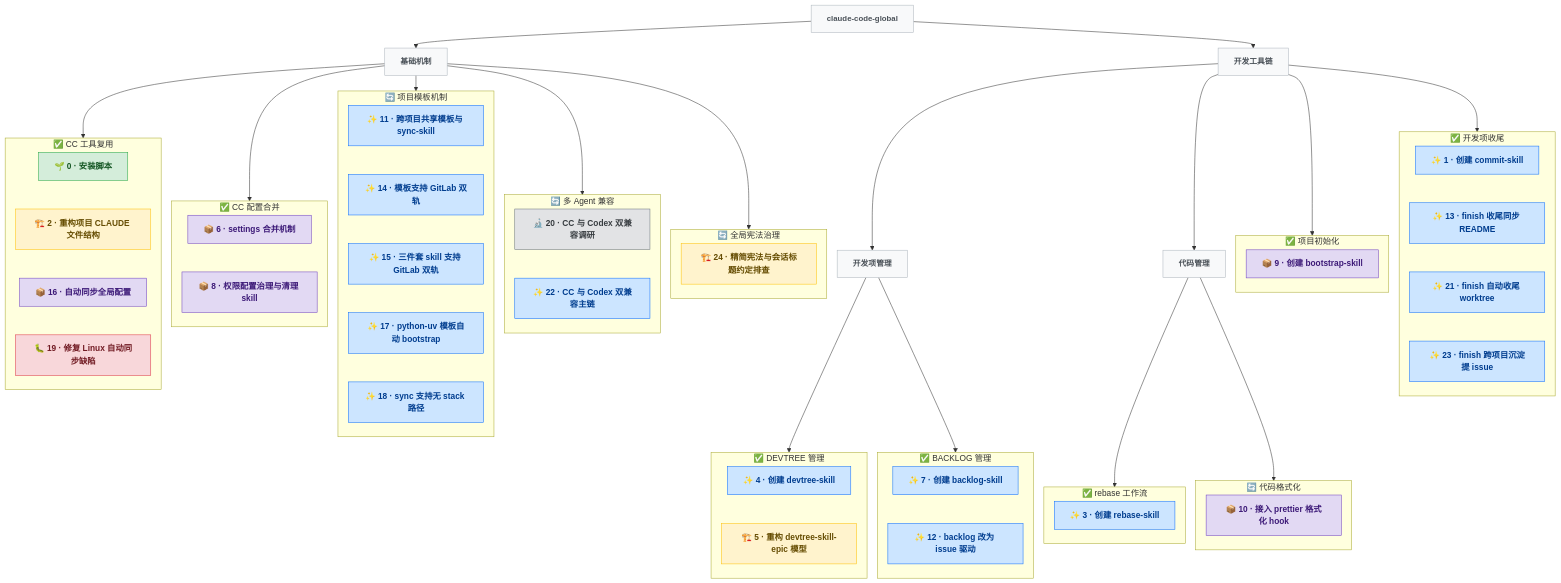
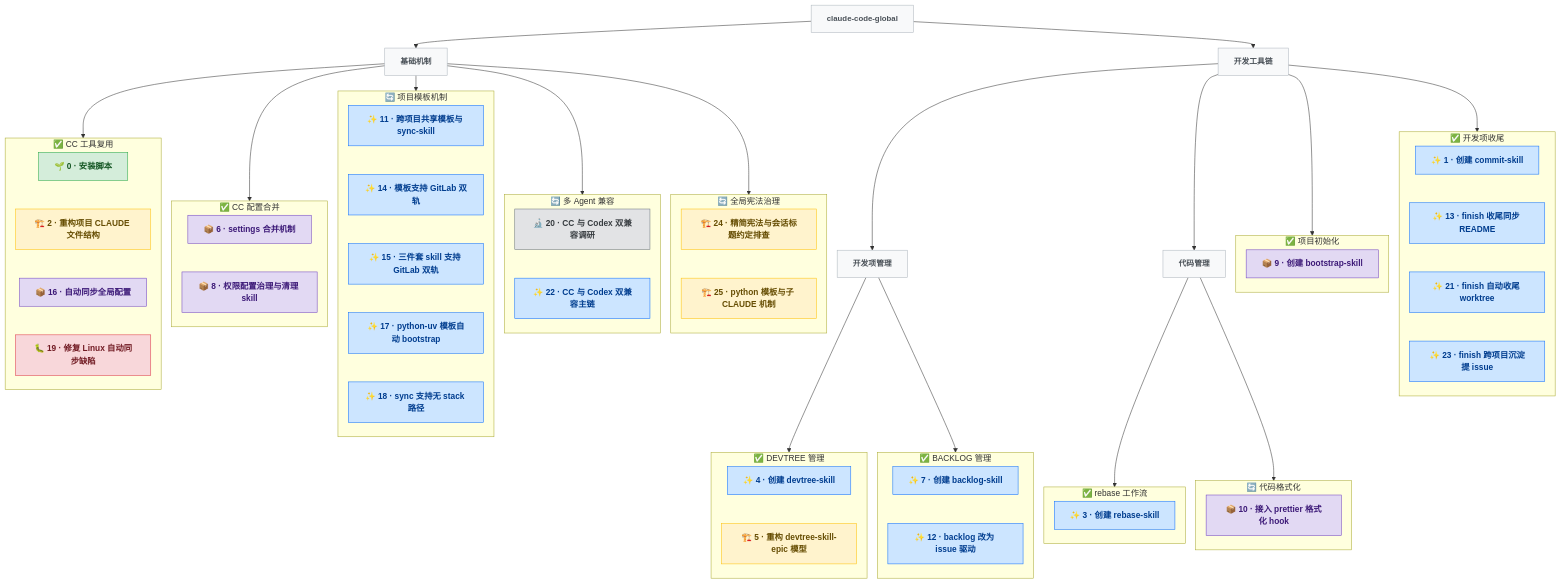
One commit to pkulijing/claude-code-global changed the diagram in docs/DEVTREE.md. Above: the diagram before and after it, drawn with Mermaid. The commit also changed other lines of this file and 14 other files, not shown here.

```diff
--- a/docs/DEVTREE.md
+++ b/docs/DEVTREE.md
@@ -84,6 +84,8 @@
   subgraph e_constitution["🔄 全局宪法治理"]
     direction TB
     N24["🏗️ 24 · 精简宪法与会话标题约定排查"]:::refactor
+    N25["🏗️ 25 · python 模板与子 CLAUDE 机制"]:::refactor
+    N24 ~~~ N25
   end
 
   subgraph e_bootstrap["✅ 项目初始化"]
```
